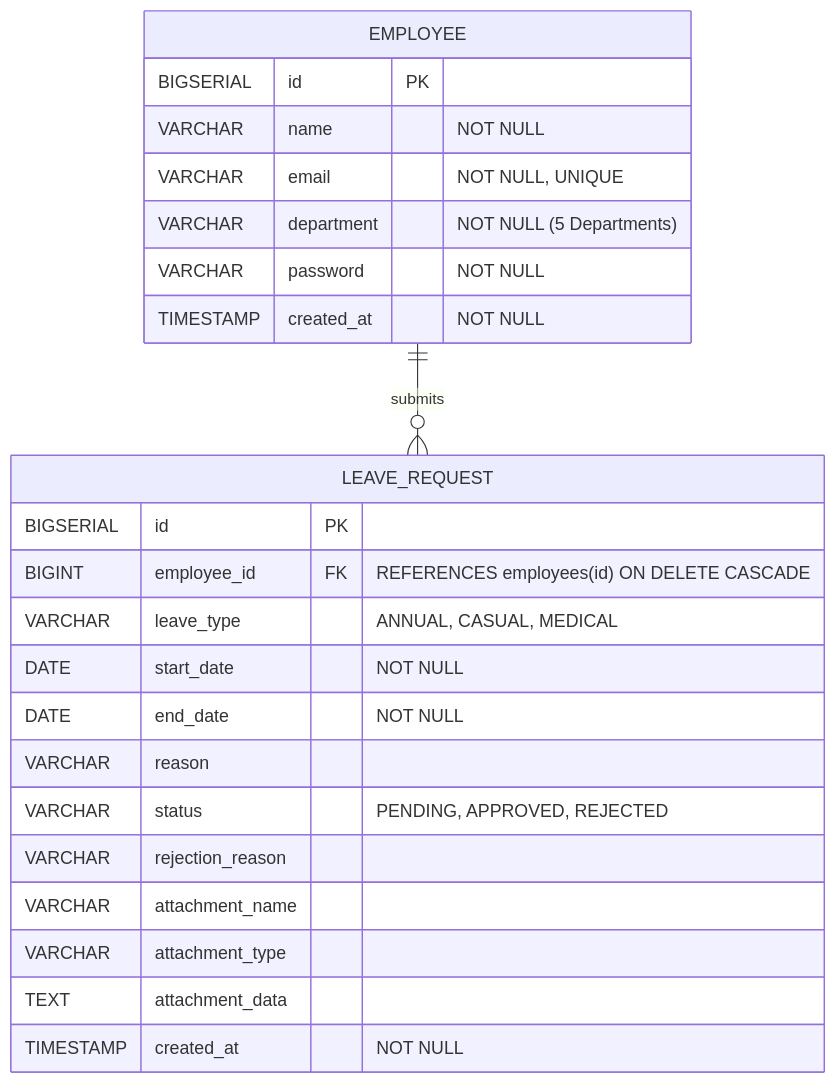
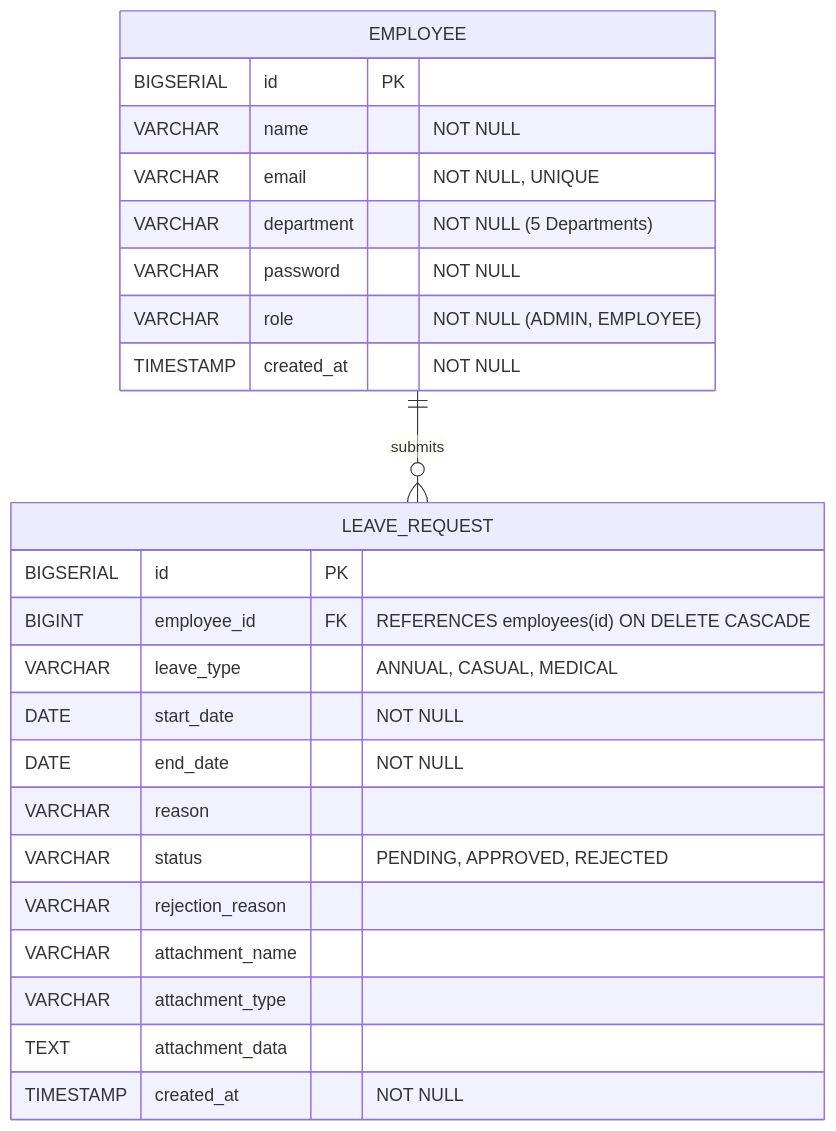
The second of 2 diagrams in README.md (deshan2004/intern-leave-management-assignment), drawn with Mermaid before and after one commit. The commit also changed other lines of this file and 5 other files, not shown here.

Commit message:
feat: migrate admin credentials to database, add role column, and sanitize README secrets

````diff
--- a/README.md
+++ b/README.md
@@ -68,26 +68,27 @@
 ```mermaid
 erDiagram
     EMPLOYEE ||--o{ LEAVE_REQUEST : "submits"
     EMPLOYEE {
         BIGSERIAL id PK
         VARCHAR name "NOT NULL"
         VARCHAR email "NOT NULL, UNIQUE"
         VARCHAR department "NOT NULL (5 Departments)"
         VARCHAR password "NOT NULL"
+        VARCHAR role "NOT NULL (ADMIN, EMPLOYEE)"
         TIMESTAMP created_at "NOT NULL"
     }
     LEAVE_REQUEST {
         BIGSERIAL id PK
         BIGINT employee_id FK "REFERENCES employees(id) ON DELETE CASCADE"
         VARCHAR leave_type "ANNUAL, CASUAL, MEDICAL"
         DATE start_date "NOT NULL"
         DATE end_date "NOT NULL"
         VARCHAR reason
         VARCHAR status "PENDING, APPROVED, REJECTED"
         VARCHAR rejection_reason
         VARCHAR attachment_name
         VARCHAR attachment_type
         TEXT attachment_data
         TIMESTAMP created_at "NOT NULL"
     }
 ```
````
